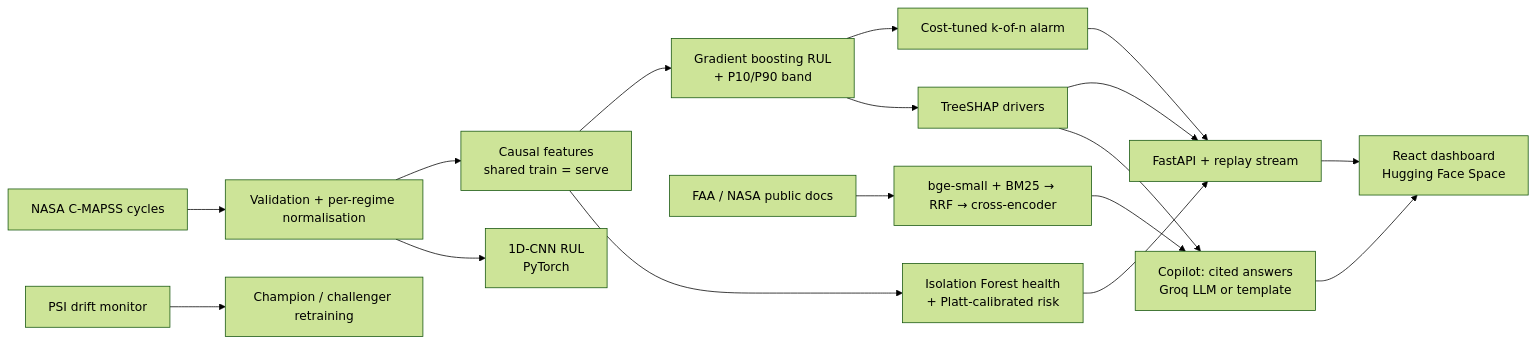
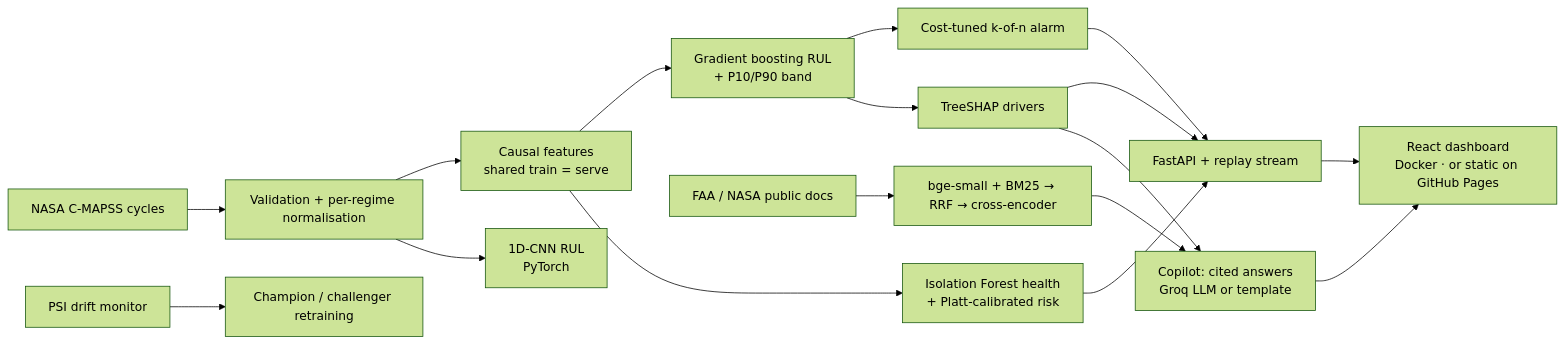
One commit to Dyaus2/turbowatch changed the diagram in README.md. Above: the diagram before and after it, drawn with Mermaid (forest theme). The commit also changed other lines of this file and 134 other files, not shown here.

First line of the commit message:
Static demo: server-less build for GitHub Pages with in-browser copilot

````diff
--- a/README.md
+++ b/README.md
@@ -54,16 +58,16 @@
 ```mermaid
 flowchart LR
   A[NASA C-MAPSS cycles] --> B[Validation + per-regime normalisation]
   B --> C[Causal features<br/>shared train = serve]
   C --> D[Gradient boosting RUL<br/>+ P10/P90 band]
   B --> E[1D-CNN RUL<br/>PyTorch]
   C --> F[Isolation Forest health<br/>+ Platt-calibrated risk]
   D --> G[Cost-tuned k-of-n alarm]
   D --> H[TreeSHAP drivers]
   G & H & F --> I[FastAPI + replay stream]
   J[FAA / NASA public docs] --> K[bge-small + BM25 → RRF → cross-encoder]
   K --> L[Copilot: cited answers<br/>Groq LLM or template]
   H --> L
-  I & L --> M[React dashboard<br/>Hugging Face Space]
+  I & L --> M[React dashboard<br/>Docker · or static on GitHub Pages]
   N[PSI drift monitor] --> O[Champion / challenger retraining]
 ```
````
